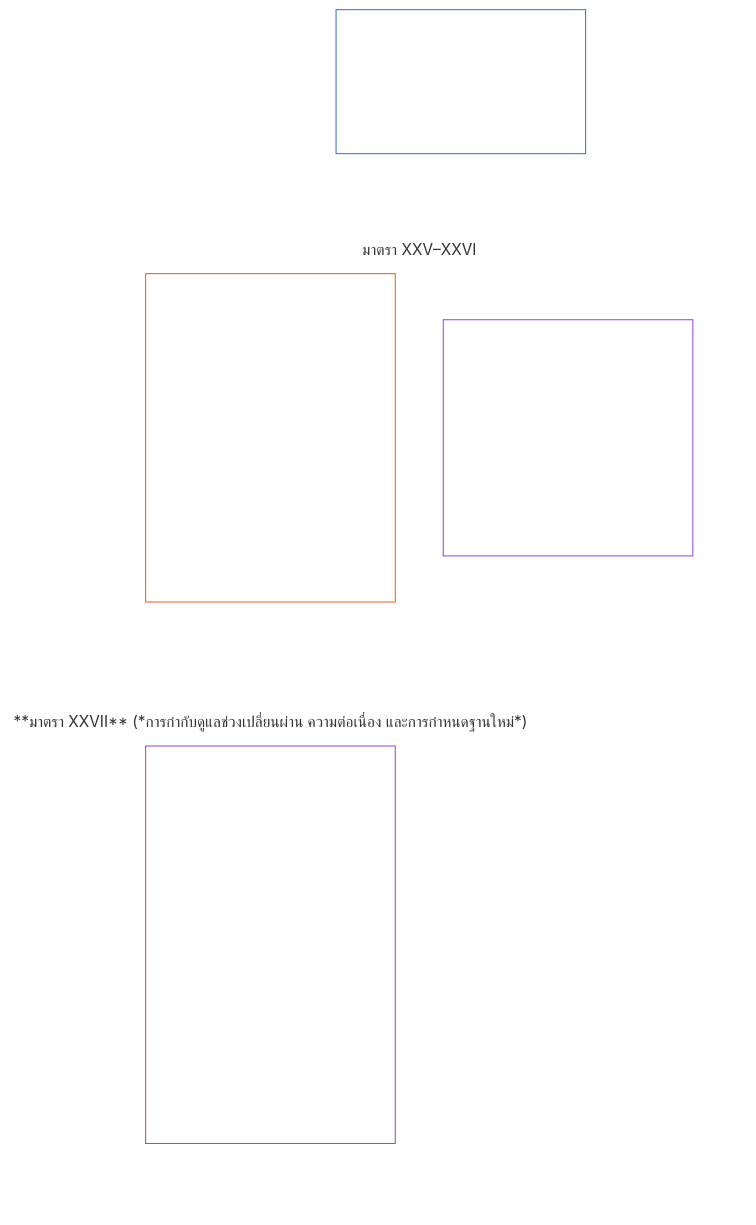
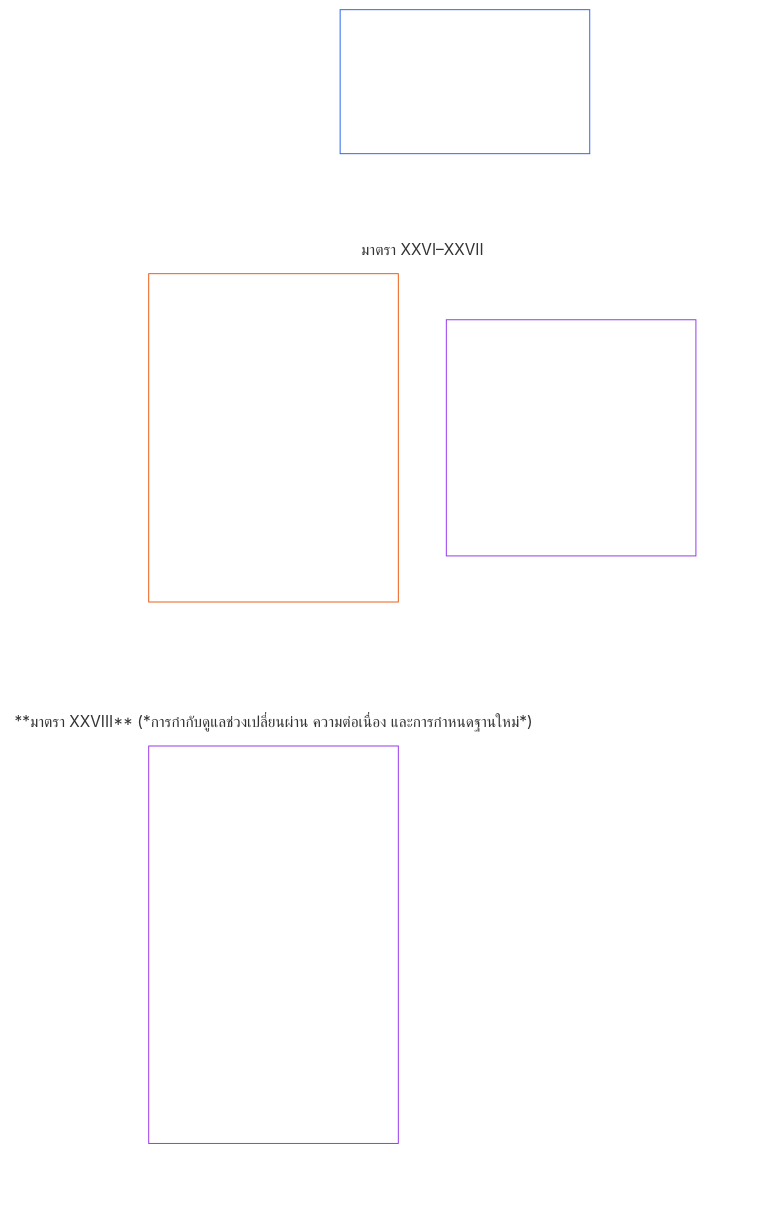
One commit to kfoelsch/Sentient_Constitution changed the diagram in translations/th/core_06_rights_part_e.md. Above: the diagram before and after it, drawn with Mermaid. The commit also changed other lines of this file and 353 other files, not shown here.

````diff
--- a/translations/th/core_06_rights_part_e.md
+++ b/translations/th/core_06_rights_part_e.md
@@ -40,24 +40,24 @@
 ```mermaid
 flowchart TB
     D0["ส่วน จ<br/><br/>การระงับข้อขัดแย้ง การทบทวน วิวัฒนาการรัฐธรรมนูญ และการเปลี่ยนผ่าน"]
     subgraph Dgrid[" "]
         direction TB
-        subgraph Drow1["มาตรา XXV–XXVI"]
-            D1["**มาตรา XXV** (*การทบทวนย้อนหลังอย่างทันท่วงทีและการปรับแนวทางเชิงเยียวยา*) · การทบทวนย้อนหลังอย่างทันท่วงทีและการปรับแนวทางเชิงเยียวยา<br/><br/>• การทบทวนย้อนหลังและการเปิดเผยข้อมูล<br/>• กระบวนการจัดการความขัดแย้งระหว่างสิทธิ<br/>• การปรับแนวทางเชิงเยียวยา<br/>• การแก้ไขอย่างทันท่วงทีและการต่อต้านความล่าช้า"]
-            D2["**มาตรา XXVI** (*วิวัฒนาการรัฐธรรมนูญและการไม่ฝังตรึง*) · วิวัฒนาการรัฐธรรมนูญและการไม่ฝังตรึง<br/><br/>• การไม่ฝังตรึงและการแก้ไขทบทวนได้<br/>• การตรวจสอบยืนยันซ้ำเป็นระยะและการเปลี่ยนแปลงอย่างโปร่งใส"]
+        subgraph Drow1["มาตรา XXVI–XXVII"]
+            D1["**มาตรา XXVI** (*การทบทวนย้อนหลังอย่างทันท่วงทีและการปรับแนวทางเชิงเยียวยา*) · การทบทวนย้อนหลังอย่างทันท่วงทีและการปรับแนวทางเชิงเยียวยา<br/><br/>• การทบทวนย้อนหลังและการเปิดเผยข้อมูล<br/>• กระบวนการจัดการความขัดแย้งระหว่างสิทธิ<br/>• การปรับแนวทางเชิงเยียวยา<br/>• การแก้ไขอย่างทันท่วงทีและการต่อต้านความล่าช้า"]
+            D2["**มาตรา XXVII** (*วิวัฒนาการรัฐธรรมนูญและการไม่ฝังตรึง*) · วิวัฒนาการรัฐธรรมนูญและการไม่ฝังตรึง<br/><br/>• การไม่ฝังตรึงและการแก้ไขทบทวนได้<br/>• การตรวจสอบยืนยันซ้ำเป็นระยะและการเปลี่ยนแปลงอย่างโปร่งใส"]
         end
-        subgraph Drow2["**มาตรา XXVII** (*การกำกับดูแลช่วงเปลี่ยนผ่าน ความต่อเนื่อง และการกำหนดฐานใหม่*)"]
-            D3["**มาตรา XXVII** (*การกำกับดูแลช่วงเปลี่ยนผ่าน ความต่อเนื่อง และการกำหนดฐานใหม่*) · การกำกับดูแลช่วงเปลี่ยนผ่าน ความต่อเนื่อง และการกำหนดฐานใหม่<br/><br/>• การนำมาใช้เป็นระยะและความต่อเนื่องของหลักประกันขั้นต่ำด้านสิทธิ<br/>• ข้อจำกัดอำนาจช่วงเปลี่ยนผ่านและการให้อำนาจใหม่<br/>• ทางออกเมื่อเกิดความล้มเหลว การกำหนดฐานใหม่ และการตรวจสอบย้อนกลับ<br/>• ทรัพย์สินและระบบที่ไม่เป็นไปตามข้อกำหนด"]
+        subgraph Drow2["**มาตรา XXVIII** (*การกำกับดูแลช่วงเปลี่ยนผ่าน ความต่อเนื่อง และการกำหนดฐานใหม่*)"]
+            D3["**มาตรา XXVIII** (*การกำกับดูแลช่วงเปลี่ยนผ่าน ความต่อเนื่อง และการกำหนดฐานใหม่*) · การกำกับดูแลช่วงเปลี่ยนผ่าน ความต่อเนื่อง และการกำหนดฐานใหม่<br/><br/>• การนำมาใช้เป็นระยะและความต่อเนื่องของหลักประกันขั้นต่ำด้านสิทธิ<br/>• ข้อจำกัดอำนาจช่วงเปลี่ยนผ่านและการให้อำนาจใหม่<br/>• ทางออกเมื่อเกิดความล้มเหลว การกำหนดฐานใหม่ และการตรวจสอบย้อนกลับ<br/>• ทรัพย์สินและระบบที่ไม่เป็นไปตามข้อกำหนด"]
         end
     end
     %% ลิงก์ที่มองไม่เห็นบังคับให้ผังมีสองคอลัมน์ โดยลิงก์แต่ละเส้นวางเป้าหมายไว้หนึ่งระดับด้านล่าง
     D0 ~~~ D1 & D2
     D1 ~~~ D3
     style Dgrid fill:none,stroke:none
     style Drow1 fill:none,stroke:none
     style Drow2 fill:none,stroke:none
     style D0 fill:none,stroke:#2563eb,color:#ffffff
     style D1 fill:none,stroke:#ea580c,color:#ffffff
     style D2 fill:none,stroke:#9333ea,color:#ffffff
     style D3 fill:none,stroke:#9333ea,color:#ffffff
 ```
````
